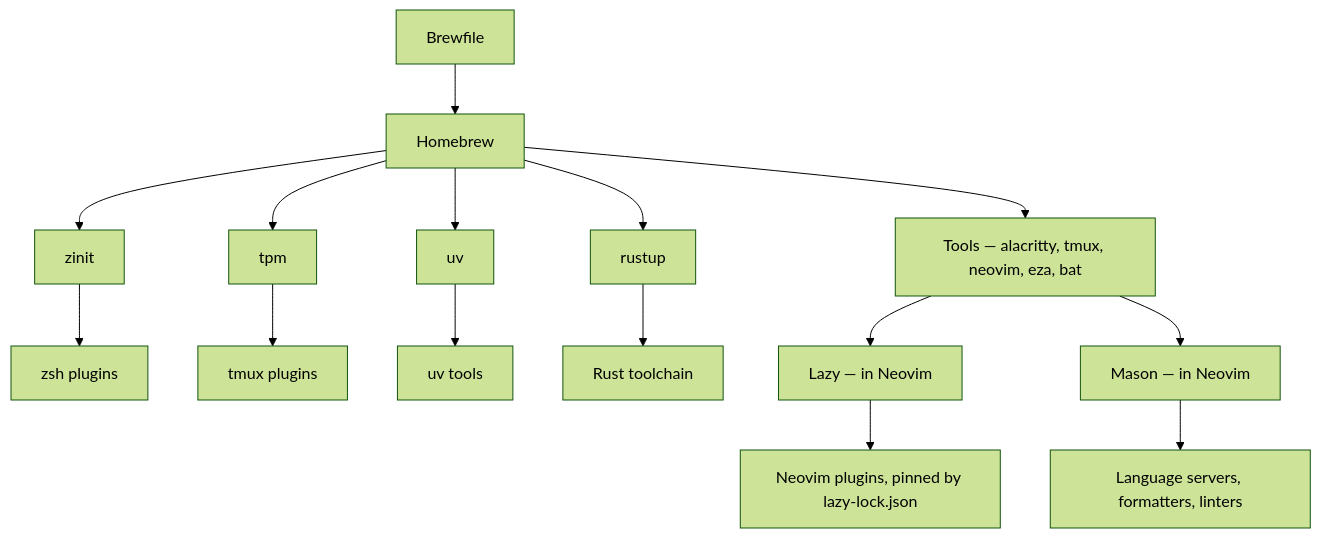
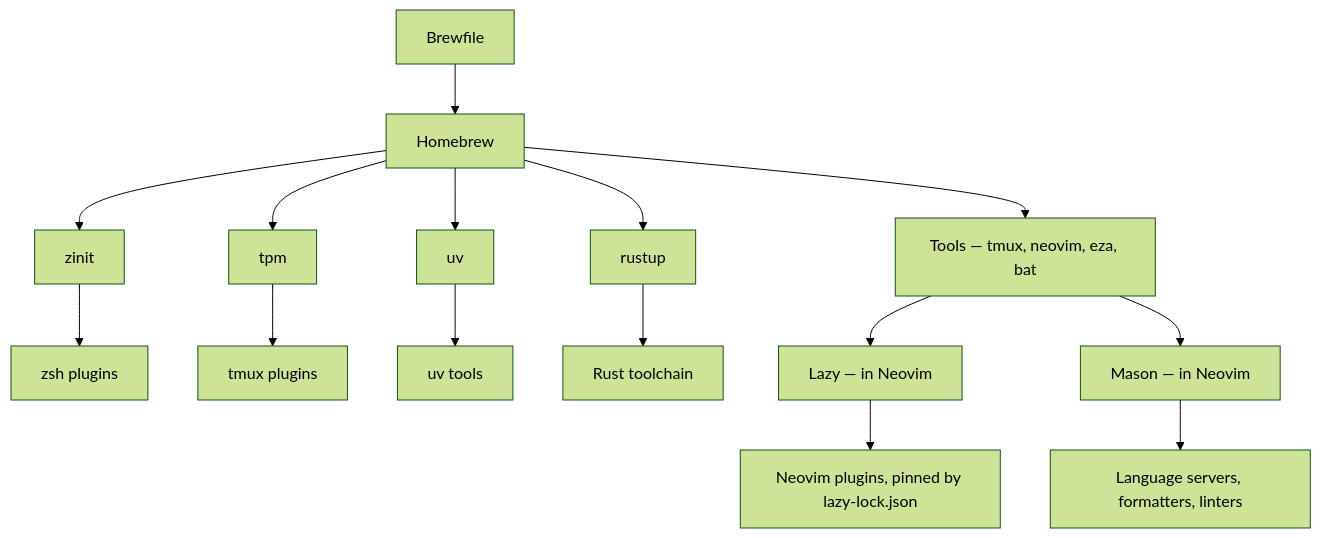
Before and after one commit to olegturzhanskii/dotfiles: the diagram in docs/design.md, drawn with Mermaid (forest theme). The commit also changed other lines of this file and 4 other files, not shown here.

````diff
--- a/docs/design.md
+++ b/docs/design.md
@@ -76,11 +77,11 @@
 ```mermaid
 flowchart TD
     B["Brewfile"] --> H["Homebrew"]
-    H --> T["Tools — alacritty, tmux, neovim, eza, bat"]
+    H --> T["Tools — tmux, neovim, eza, bat"]
     H --> M1["zinit"] --> P1["zsh plugins"]
     H --> M2["tpm"] --> P2["tmux plugins"]
     H --> M3["uv"] --> P3["uv tools"]
     H --> M4["rustup"] --> P4["Rust toolchain"]
     T --> L["Lazy — in Neovim"] --> P5["Neovim plugins, pinned by lazy-lock.json"]
     T --> MA["Mason — in Neovim"] --> P6["Language servers, formatters, linters"]
 ```
````
